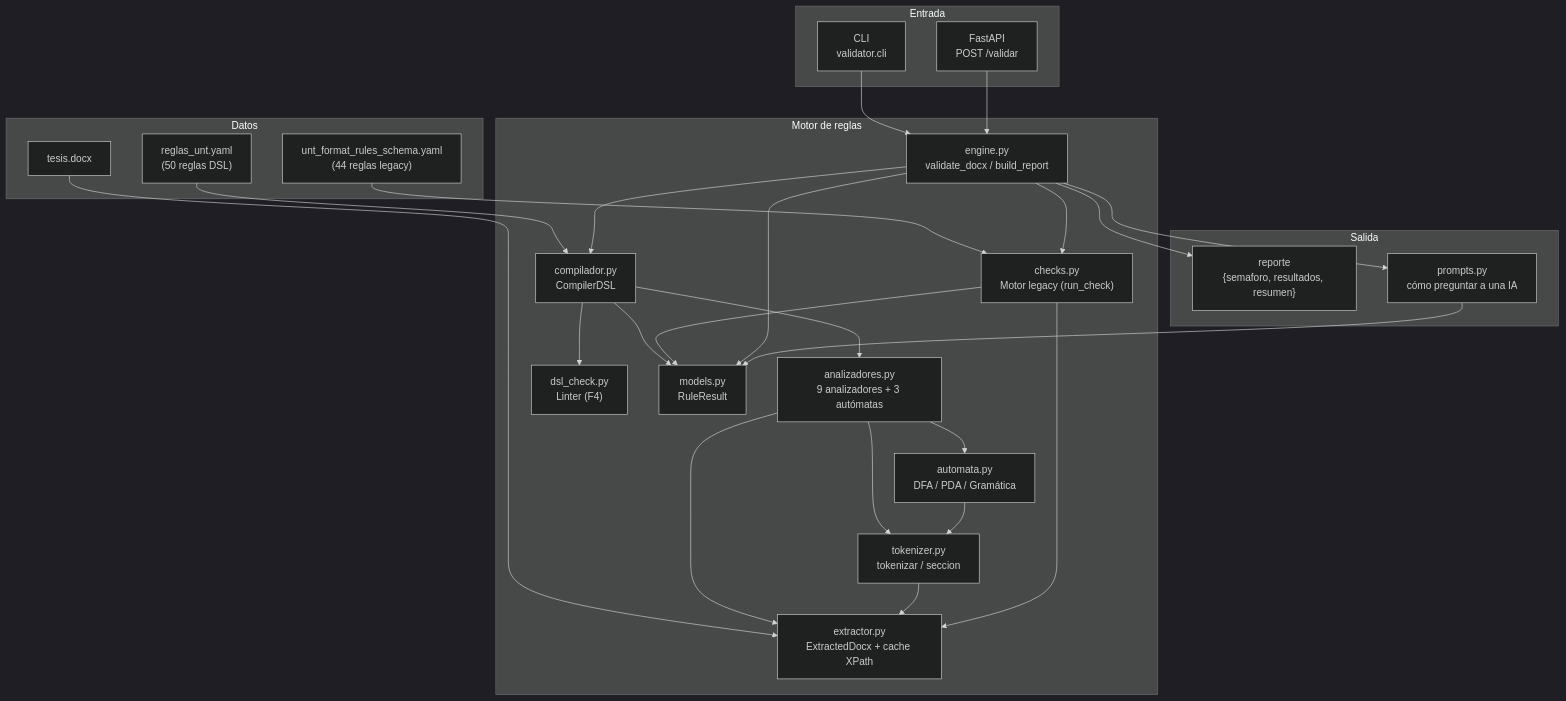
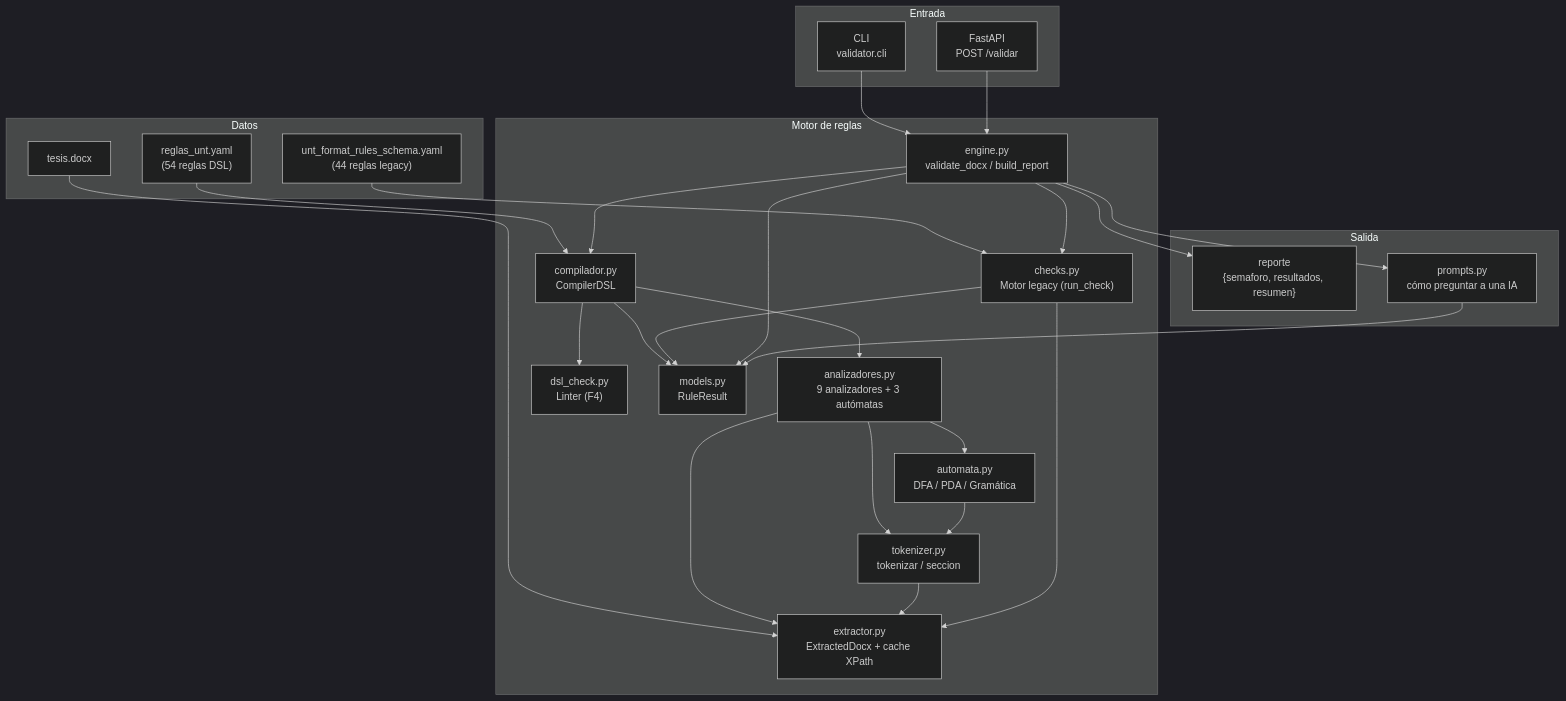
One commit to IvanSanchezSil/vistobueno changed the first of 7 diagrams in docs/diseno/01_arq_motor.md. Above: the diagram before and after it, drawn with Mermaid (dark theme). The commit also changed other lines of this file and 15 other files, not shown here.

````diff
--- a/docs/diseno/01_arq_motor.md
+++ b/docs/diseno/01_arq_motor.md
@@ -29,54 +29,54 @@
 ```mermaid
 flowchart TB
     subgraph ENTRADA["Entrada"]
         CLIENTE["CLI<br/>validator.cli"]
         API["FastAPI<br/>POST /validar"]
     end
 
     subgraph MOTOR["Motor de reglas"]
         ENG["engine.py<br/>validate_docx / build_report"]
         CHK["checks.py<br/>Motor legacy (run_check)"]
         COMP["compilador.py<br/>CompilerDSL"]
         ANAL["analizadores.py<br/>9 analizadores + 3 autómatas"]
         LINT["dsl_check.py<br/>Linter (F4)"]
         AUT["automata.py<br/>DFA / PDA / Gramática"]
         TOK["tokenizer.py<br/>tokenizar / seccion"]
         EXT["extractor.py<br/>ExtractedDocx + cache XPath"]
         MOD["models.py<br/>RuleResult"]
     end
 
     subgraph DATOS["Datos"]
         YAML_LEGACY["unt_format_rules_schema.yaml<br/>(44 reglas legacy)"]
-        YAML_DSL["reglas_unt.yaml<br/>(50 reglas DSL)"]
+        YAML_DSL["reglas_unt.yaml<br/>(54 reglas DSL)"]
         DOCX["tesis.docx"]
     end
 
     subgraph SALIDA["Salida"]
         REP["reporte<br/>{semaforo, resultados, resumen}"]
         PROMPTS["prompts.py<br/>cómo preguntar a una IA"]
     end
 
     CLIENTE --> ENG
     API --> ENG
     DOCX --> EXT
     YAML_LEGACY --> CHK
     YAML_DSL --> COMP
 
     ENG --> CHK
     ENG --> COMP
     COMP --> LINT
     COMP --> ANAL
     ANAL --> AUT
     ANAL --> TOK
     AUT --> TOK
     ANAL --> EXT
     TOK --> EXT
     CHK --> EXT
     COMP --> MOD
     CHK --> MOD
     ENG --> MOD
 
     ENG --> REP
     ENG --> PROMPTS
     PROMPTS --> MOD
 ```
````
